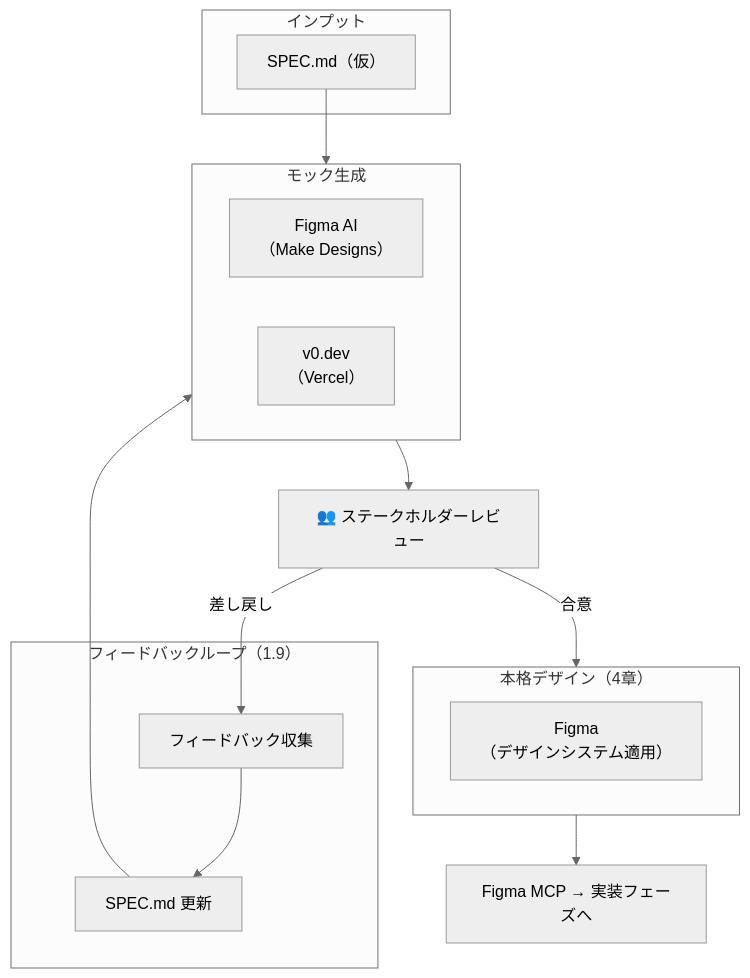
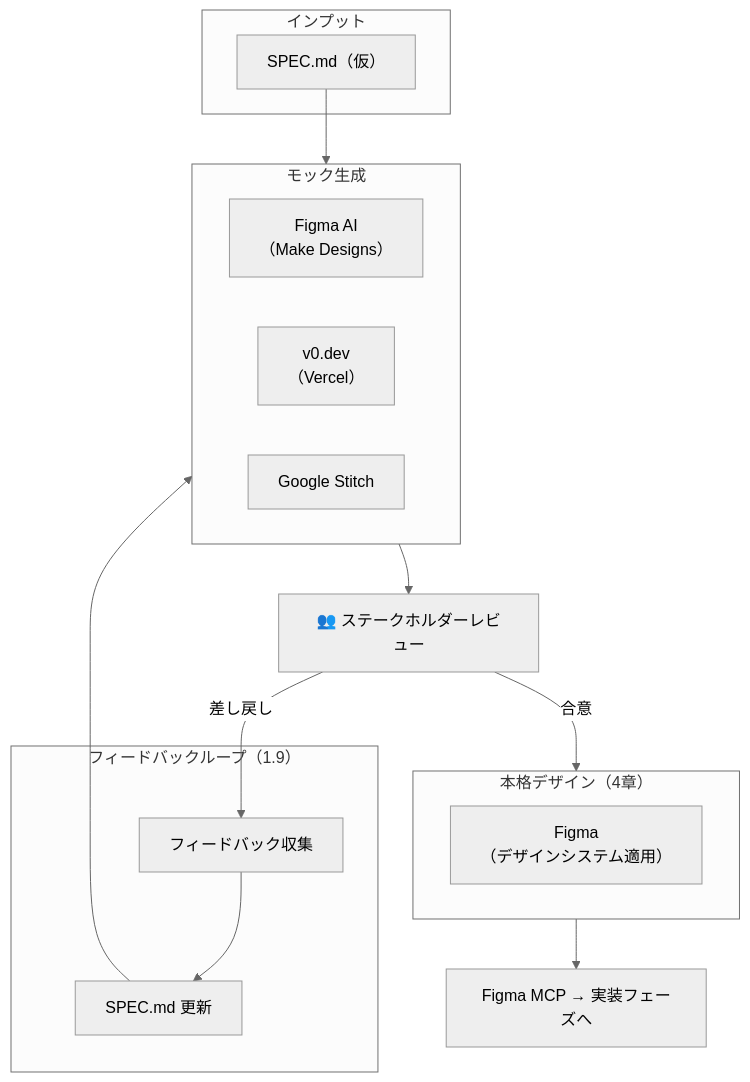
Before and after one commit to takuma39/ai: diagram 13 of 38 in AI駆動開発.md, drawn with Mermaid (neutral theme). The commit also changed other lines of this file, not shown here.

````diff
--- a/AI駆動開発.md
+++ b/AI駆動開発.md
@@ -415,32 +418,33 @@
 ```mermaid
 graph TD
     subgraph input["インプット"]
         MD["SPEC.md（仮）"]
     end
 
     subgraph mock["モック生成"]
         FigmaAI["Figma AI<br/>（Make Designs）"]
         V0["v0.dev<br/>（Vercel）"]
+        Stitch["Google Stitch"]
     end
 
     Review["👥 ステークホルダーレビュー"]
 
     subgraph loopbox["フィードバックループ（1.9）"]
         Feedback["フィードバック収集"]
         Update["SPEC.md 更新"]
     end
 
     subgraph design["本格デザイン（4章）"]
         Figma["Figma<br/>（デザインシステム適用）"]
     end
 
     FigmaMCP["Figma MCP → 実装フェーズへ"]
 
     MD --> mock
     mock --> Review
     Review -->|"差し戻し"| Feedback
     Feedback --> Update
     Update --> mock
     Review -->|"合意"| design
     design --> FigmaMCP
 ```
````
